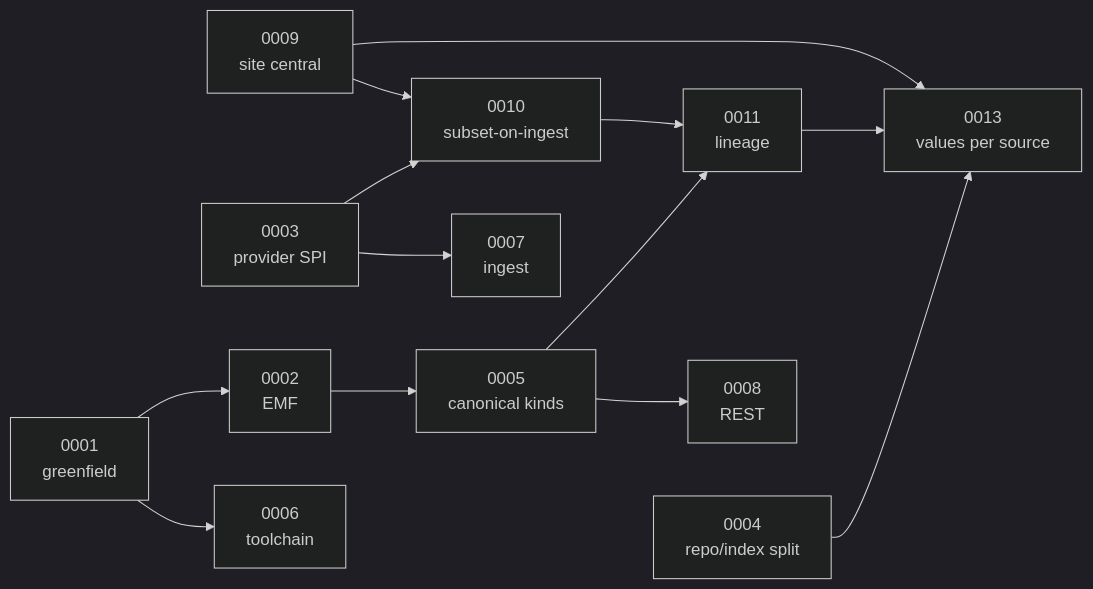
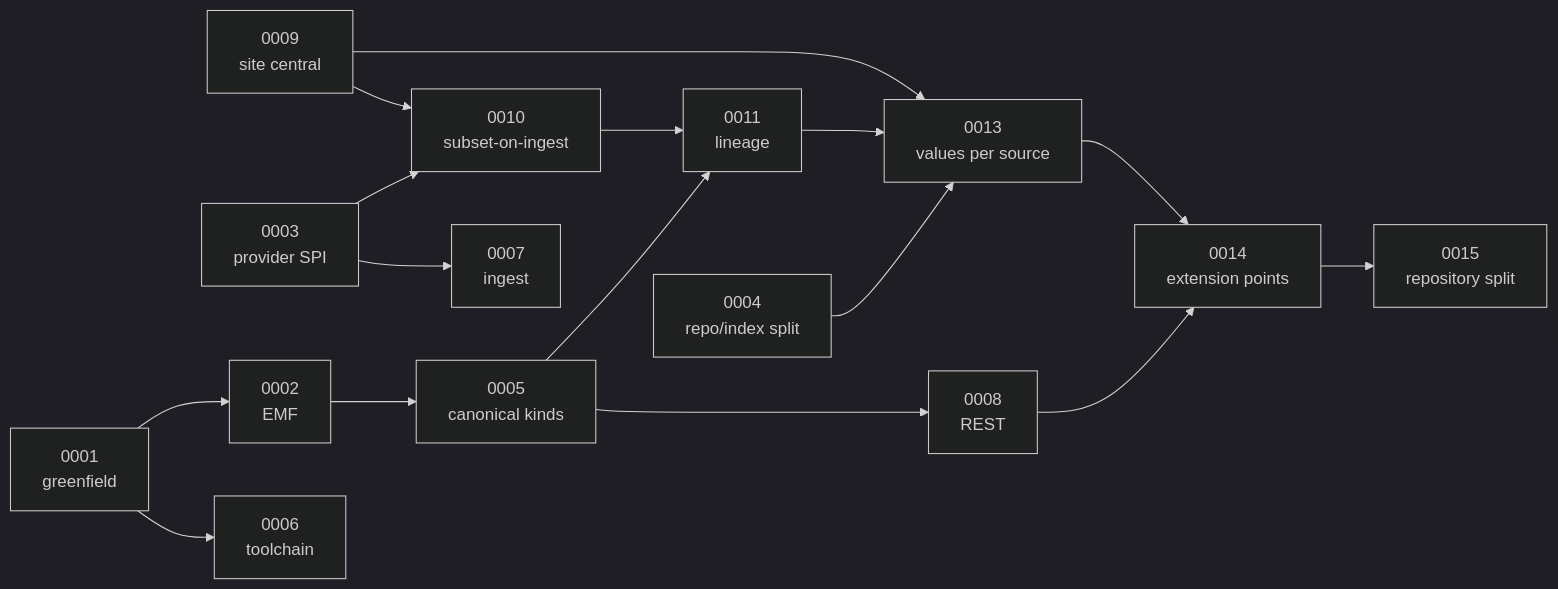
Before and after one commit to geckoprojects-org/org.gecko.weather: the diagram in docs/adr/index.md, drawn with Mermaid (dark theme). The commit also changed other lines of this file and 51 other files, not shown here.

````diff
--- a/docs/adr/index.md
+++ b/docs/adr/index.md
@@ -40,15 +42,18 @@
 ```mermaid
 graph LR
     A9["0009<br/>site central"] --> A10["0010<br/>subset-on-ingest"]
     A9 --> A13["0013<br/>values per source"]
     A11["0011<br/>lineage"] --> A13
     A10 --> A11
     A5["0005<br/>canonical kinds"] --> A11
     A2["0002<br/>EMF"] --> A5
     A3["0003<br/>provider SPI"] --> A10
     A4["0004<br/>repo/index split"] --> A13
     A1["0001<br/>greenfield"] --> A2
     A1 --> A6["0006<br/>toolchain"]
     A3 --> A7["0007<br/>ingest"]
     A5 --> A8["0008<br/>REST"]
+    A13 --> A14["0014<br/>extension points"]
+    A8 --> A14
+    A14 --> A15["0015<br/>repository split"]
 ```
````
